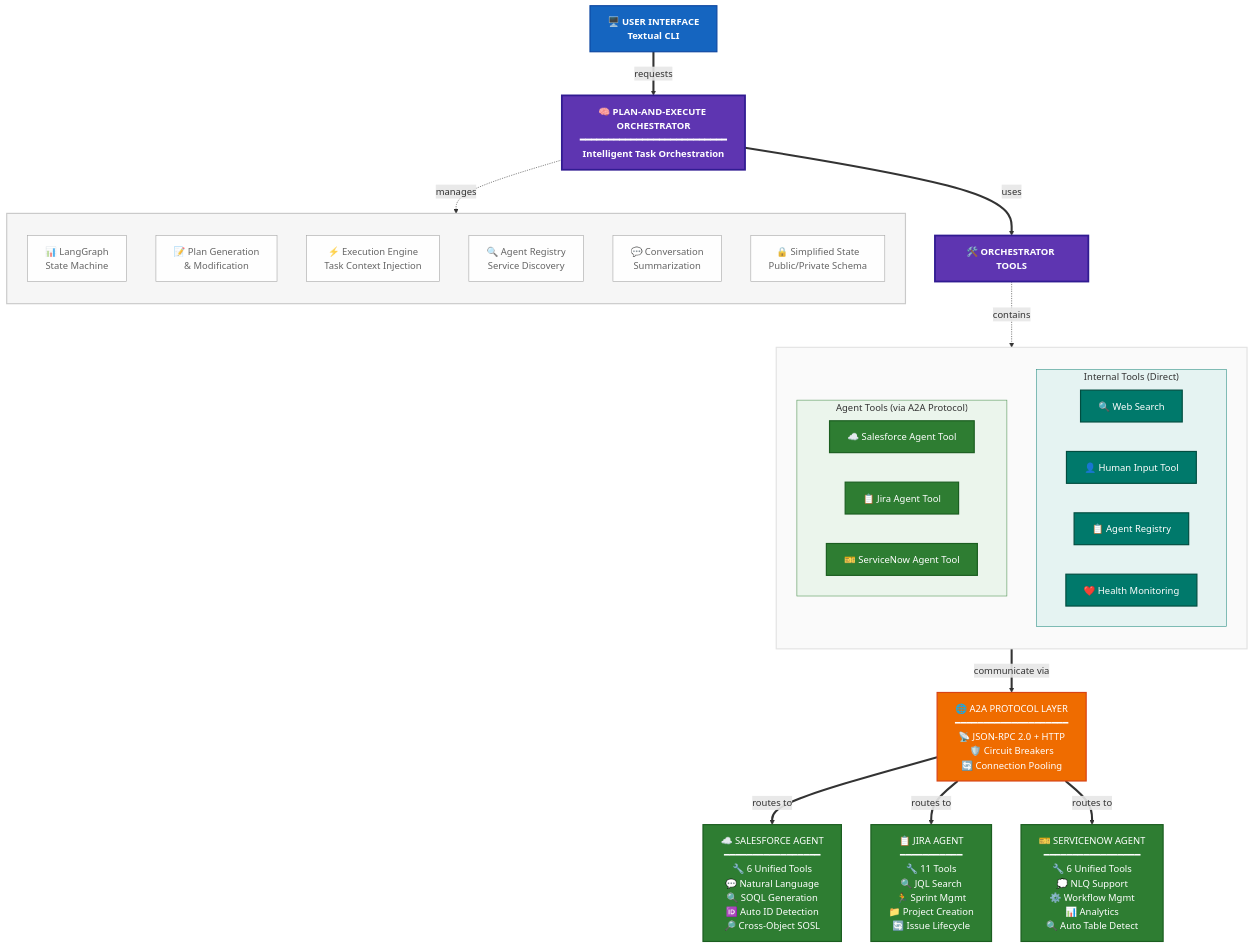
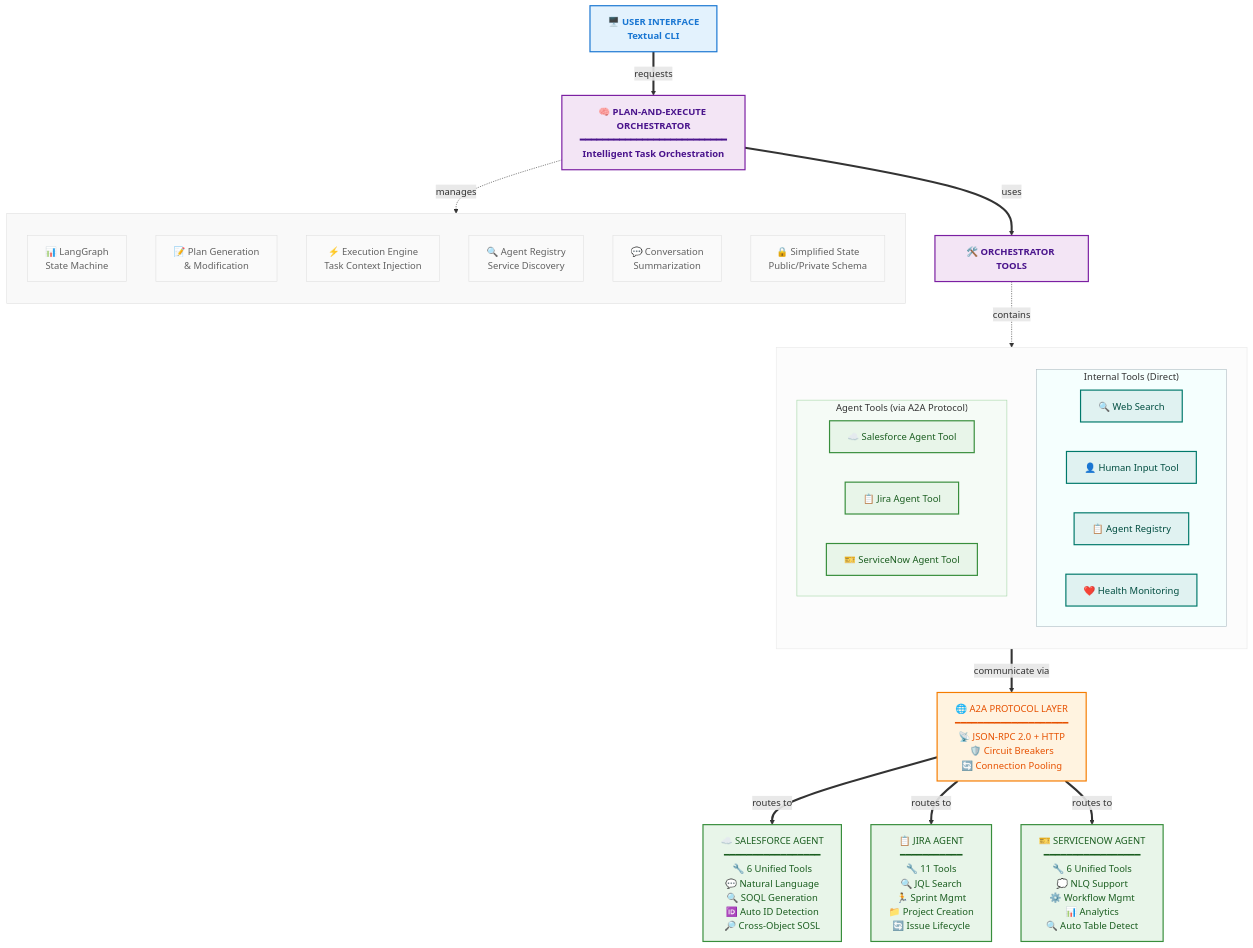
The first of 3 diagrams in docs/guides/comprehensive-onboarding-guide.md (nickpeterson92/consultant-assistant), drawn with Mermaid before and after one commit. The commit also changed 3 other files, not shown here.

Commit message:
mermaid again

````diff
--- a/docs/guides/comprehensive-onboarding-guide.md
+++ b/docs/guides/comprehensive-onboarding-guide.md
@@ -242,69 +242,69 @@
 ```mermaid
 flowchart TB
-    %% Modern, sleek color scheme with better contrast
-    classDef uiClass fill:#1565c0,stroke:#0d47a1,stroke-width:2px,color:#ffffff,font-weight:bold
-    classDef orchestratorClass fill:#5e35b1,stroke:#311b92,stroke-width:3px,color:#ffffff,font-weight:bold
-    classDef protocolClass fill:#ef6c00,stroke:#d84315,stroke-width:2px,color:#ffffff
-    classDef agentToolClass fill:#2e7d32,stroke:#1b5e20,stroke-width:2px,color:#ffffff
-    classDef internalToolClass fill:#00796b,stroke:#004d40,stroke-width:2px,color:#ffffff
-    classDef componentClass fill:#ffffff,stroke:#9e9e9e,stroke-width:1px,color:#424242,opacity:0.9
+    %% Modern, sleek color scheme with semi-transparent styling
+    classDef uiClass fill:#e3f2fd,stroke:#1976d2,stroke-width:2px,color:#1976d2,font-weight:bold
+    classDef orchestratorClass fill:#f3e5f5,stroke:#7b1fa2,stroke-width:2px,color:#4a148c,font-weight:bold
+    classDef protocolClass fill:#fff3e0,stroke:#f57c00,stroke-width:2px,color:#e65100
+    classDef agentToolClass fill:#e8f5e9,stroke:#388e3c,stroke-width:2px,color:#1b5e20
+    classDef internalToolClass fill:#e0f2f1,stroke:#00796b,stroke-width:2px,color:#004d40
+    classDef componentClass fill:#fafafa,stroke:#e0e0e0,stroke-width:1px,color:#616161
     
     %% User Interface Layer
     UI[🖥️ USER INTERFACE<br>Textual CLI]:::uiClass
     
     %% Main Orchestrator
     UI ==>|"requests"| ORCH[🧠 PLAN-AND-EXECUTE ORCHESTRATOR<br>━━━━━━━━━━━━━━━━━━━━━━━━━━<br>Intelligent Task Orchestration]:::orchestratorClass
     
     %% Core Components with semi-transparent styling
     subgraph components[" "]
         direction TB
         LG[📊 LangGraph<br>State Machine]:::componentClass
         PG[📝 Plan Generation<br>& Modification]:::componentClass
         EE[⚡ Execution Engine<br>Task Context Injection]:::componentClass
         AR[🔍 Agent Registry<br>Service Discovery]:::componentClass
         CS[💬 Conversation<br>Summarization]:::componentClass
         SS[🔒 Simplified State<br>Public/Private Schema]:::componentClass
     end
     
     %% All Tools under one umbrella
     ORCH ==>|"uses"| TOOLS[🛠️ ORCHESTRATOR TOOLS]:::orchestratorClass
     
     %% Tools subgraph containing both types
     subgraph tools[" "]
         direction TB
         
         %% Internal Tools (Direct)
         subgraph internal["Internal Tools (Direct)"]
             WS[🔍 Web Search]:::internalToolClass
             HI[👤 Human Input Tool]:::internalToolClass
             REG[📋 Agent Registry]:::internalToolClass
             HM[❤️ Health Monitoring]:::internalToolClass
         end
         
         %% Agent Tools (via A2A)
         subgraph agents["Agent Tools (via A2A Protocol)"]
             SFT[☁️ Salesforce Agent Tool]:::agentToolClass
             JT[📋 Jira Agent Tool]:::agentToolClass
             SNT[🎫 ServiceNow Agent Tool]:::agentToolClass
         end
     end
     
     TOOLS -.->|contains| tools
     
     %% A2A Protocol connection from agent tools
     agents ==>|"communicate via"| PROTOCOL[🌐 A2A PROTOCOL LAYER<br>━━━━━━━━━━━━━━━━━━━━<br>📡 JSON-RPC 2.0 + HTTP<br>🛡️ Circuit Breakers<br>🔄 Connection Pooling]:::protocolClass
     
     %% Remote Agents
     PROTOCOL ==>|"routes to"| SF[☁️ SALESFORCE AGENT<br>━━━━━━━━━━━━━━━━━<br>🔧 6 Unified Tools<br>💬 Natural Language<br>🔍 SOQL Generation<br>🆔 Auto ID Detection<br>🔎 Cross-Object SOSL]:::agentToolClass
     
     PROTOCOL ==>|"routes to"| JIRA[📋 JIRA AGENT<br>━━━━━━━━━━━<br>🔧 11 Tools<br>🔍 JQL Search<br>🏃 Sprint Mgmt<br>📁 Project Creation<br>🔄 Issue Lifecycle]:::agentToolClass
     
     PROTOCOL ==>|"routes to"| SN[🎫 SERVICENOW AGENT<br>━━━━━━━━━━━━━━━━━<br>🔧 6 Unified Tools<br>💭 NLQ Support<br>⚙️ Workflow Mgmt<br>📊 Analytics<br>🔍 Auto Table Detect]:::agentToolClass
     
     %% Styling adjustments
     ORCH -.->|manages| components
-    style components fill:#f5f5f5,stroke:#bdbdbd,stroke-width:2px,opacity:0.8
-    style tools fill:#fafafa,stroke:#e0e0e0,stroke-width:2px,opacity:0.9
-    style internal fill:#e0f2f1,stroke:#00796b,stroke-width:1px,opacity:0.8
-    style agents fill:#e8f5e9,stroke:#2e7d32,stroke-width:1px,opacity:0.8
+    style components fill:#f9f9f9,stroke:#e0e0e0,stroke-width:1px
+    style tools fill:#fcfcfc,stroke:#e8e8e8,stroke-width:1px
+    style internal fill:#f5fffe,stroke:#b0bec5,stroke-width:1px
+    style agents fill:#f5fbf6,stroke:#a5d6a7,stroke-width:1px
 ```
````
